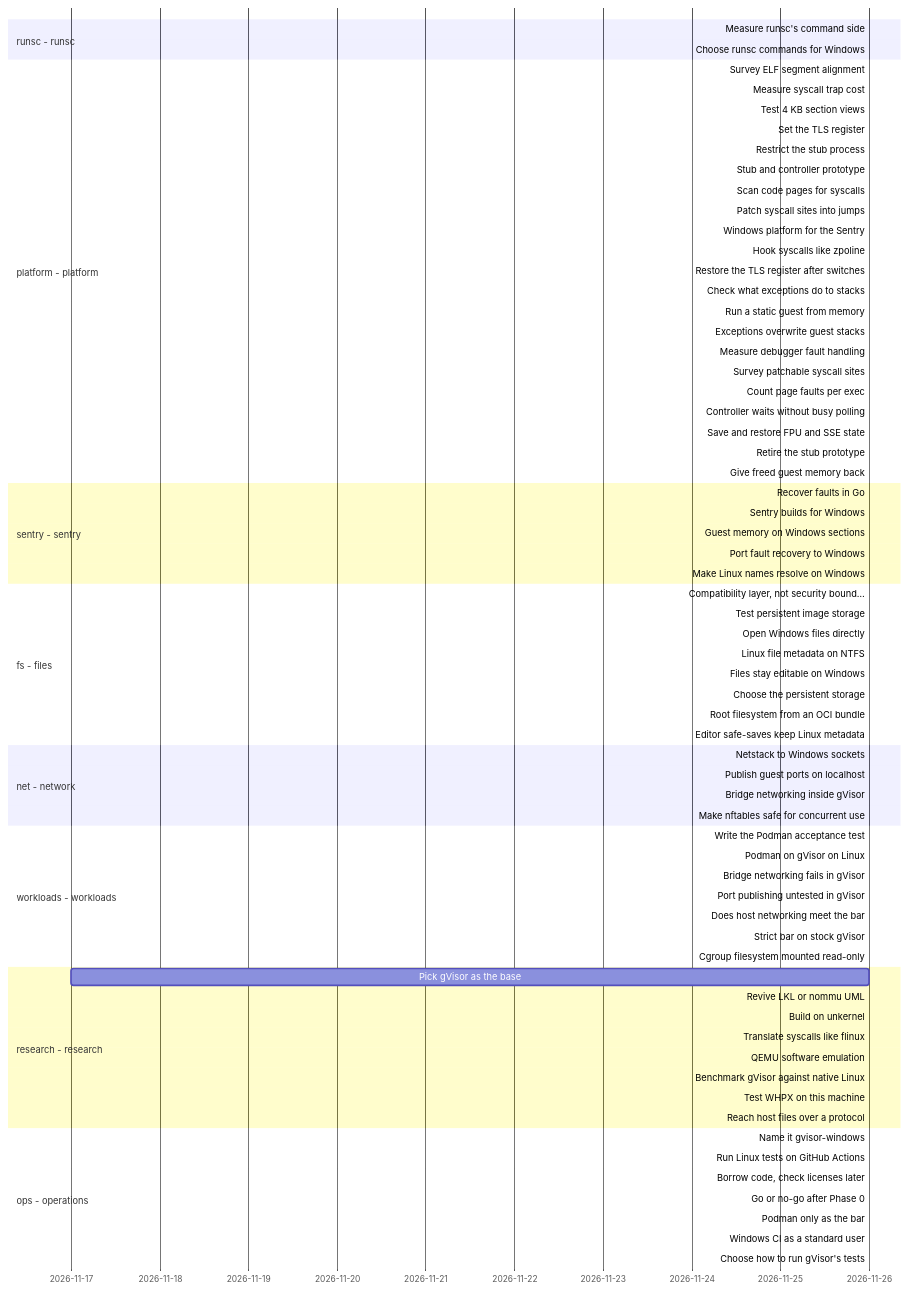
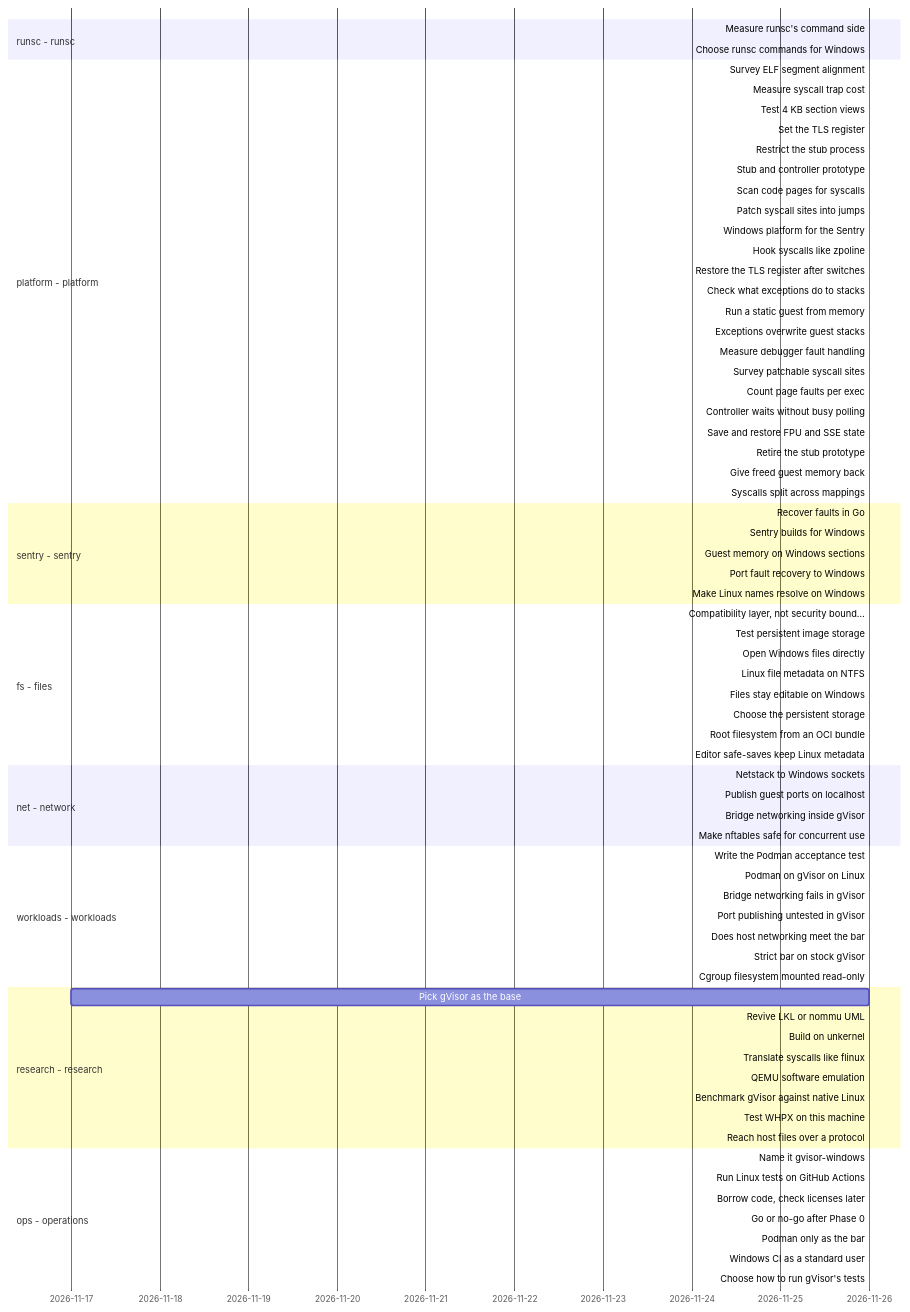
The diagram in docs/roadmap/timeline.md (lhns/gvisor-windows), drawn with Mermaid before and after one commit. The commit also changed other lines of this file and 5 other files, not shown here.

Commit message:
Add the split-syscall defect, rootfs import, named pipe and Podman probe

````diff
--- a/docs/roadmap/timeline.md
+++ b/docs/roadmap/timeline.md
@@ -10,75 +10,76 @@
 ```mermaid
 gantt
     dateFormat YYYY-MM-DD
     axisFormat %Y-%m-%d
     section runsc - runsc
     Measure runsc's command side :runsc_measure_cli, 2026-11-26, 2026-11-26
     Choose runsc commands for Windows :runsc_windows_commands, 2026-11-26, 2026-11-26
     section platform - platform
     Survey ELF segment alignment :platform_elf_alignment_survey, 2026-11-26, 2026-11-26
     Measure syscall trap cost :platform_trap_cost, 2026-11-26, 2026-11-26
     Test 4 KB section views :platform_4k_section_views, 2026-11-26, 2026-11-26
     Set the TLS register :platform_tls_register, 2026-11-26, 2026-11-26
     Restrict the stub process :platform_restricted_stub, 2026-11-26, 2026-11-26
     Stub and controller prototype :platform_stub_controller, 2026-11-26, 2026-11-26
     Scan code pages for syscalls :platform_page_verification, 2026-11-26, 2026-11-26
     Patch syscall sites into jumps :platform_syscall_fast_path, 2026-11-26, 2026-11-26
     Windows platform for the Sentry :platform_winstub, 2026-11-26, 2026-11-26
     Hook syscalls like zpoline :crit, platform_zpoline_hooks, 2026-11-26, 2026-11-26
     Restore the TLS register after switches :platform_fs_base_repair, 2026-11-26, 2026-11-26
     Check what exceptions do to stacks :platform_exception_stack, 2026-11-26, 2026-11-26
     Run a static guest from memory :platform_static_guest_from_memory, 2026-11-26, 2026-11-26
     Exceptions overwrite guest stacks :platform_veh_on_guest_stack_unsafe, 2026-11-26, 2026-11-26
     Measure debugger fault handling :platform_debug_event_cost, 2026-11-26, 2026-11-26
     Survey patchable syscall sites :platform_syscall_site_survey, 2026-11-26, 2026-11-26
     Count page faults per exec :platform_faults_per_exec, 2026-11-26, 2026-11-26
     Controller waits without busy polling :platform_controller_wakeups, 2026-11-26, 2026-11-26
     Save and restore FPU and SSE state :platform_fp_state, 2026-11-26, 2026-11-26
     Retire the stub prototype :platform_retire_prototype, 2026-11-26, 2026-11-26
     Give freed guest memory back :platform_memory_release, 2026-11-26, 2026-11-26
+    Syscalls split across mappings :platform_split_syscall_unpatched, 2026-11-26, 2026-11-26
     section sentry - sentry
     Recover faults in Go :sentry_go_fault_recovery, 2026-11-26, 2026-11-26
     Sentry builds for Windows :sentry_windows_build, 2026-11-26, 2026-11-26
     Guest memory on Windows sections :sentry_memory_file_sections, 2026-11-26, 2026-11-26
     Port fault recovery to Windows :sentry_fault_recovery, 2026-11-26, 2026-11-26
     Make Linux names resolve on Windows :sentry_unix_shim, 2026-11-26, 2026-11-26
     section fs - files
     Compatibility layer, not security bound… :fs_compat_layer_not_boundary, 2026-11-26, 2026-11-26
     Test persistent image storage :fs_persistent_image_storage, 2026-11-26, 2026-11-26
     Open Windows files directly :fs_windows_directfs, 2026-11-26, 2026-11-26
     Linux file metadata on NTFS :fs_linux_metadata_on_ntfs, 2026-11-26, 2026-11-26
     Files stay editable on Windows :fs_handles_do_not_block_users, 2026-11-26, 2026-11-26
     Choose the persistent storage :fs_persistent_storage_choice, 2026-11-26, 2026-11-26
     Root filesystem from an OCI bundle :fs_root_filesystem_source, 2026-11-26, 2026-11-26
     Editor safe-saves keep Linux metadata :fs_safe_save_keeps_metadata, 2026-11-26, 2026-11-26
     section net - network
     Netstack to Windows sockets :net_netstack_windows_link, 2026-11-26, 2026-11-26
     Publish guest ports on localhost :net_port_forwarding, 2026-11-26, 2026-11-26
     Bridge networking inside gVisor :net_bridge_networking, 2026-11-26, 2026-11-26
     Make nftables safe for concurrent use :net_nftables_thread_safety, 2026-11-26, 2026-11-26
     section workloads - workloads
     Write the Podman acceptance test :workloads_acceptance_test, 2026-11-26, 2026-11-26
     Podman on gVisor on Linux :workloads_podman_on_gvisor_linux, 2026-11-26, 2026-11-26
     Bridge networking fails in gVisor :workloads_gvisor_bridge_netlink, 2026-11-26, 2026-11-26
     Port publishing untested in gVisor :workloads_gvisor_port_publishing, 2026-11-26, 2026-11-26
     Does host networking meet the bar :workloads_bar_host_network, 2026-11-26, 2026-11-26
     Strict bar on stock gVisor :workloads_strict_bar_linux, 2026-11-26, 2026-11-26
     Cgroup filesystem mounted read-only :workloads_gvisor_cgroupfs_readonly, 2026-11-26, 2026-11-26
     section research - research
     Pick gVisor as the base :research_gvisor_base, 2026-11-17, 2026-11-26
     Revive LKL or nommu UML :crit, research_lkl_nommu, 2026-11-26, 2026-11-26
     Build on unkernel :crit, research_unkernel, 2026-11-26, 2026-11-26
     Translate syscalls like flinux :crit, research_flinux_translation, 2026-11-26, 2026-11-26
     QEMU software emulation :crit, research_qemu_emulation, 2026-11-26, 2026-11-26
     Benchmark gVisor against native Linux :research_gvisor_benchmark, 2026-11-26, 2026-11-26
     Test WHPX on this machine :crit, research_whpx_this_machine, 2026-11-26, 2026-11-26
     Reach host files over a protocol :crit, research_file_protocol, 2026-11-26, 2026-11-26
     section ops - operations
     Name it gvisor-windows :ops_name_and_fork, 2026-11-26, 2026-11-26
     Run Linux tests on GitHub Actions :ops_linux_tests_on_actions, 2026-11-26, 2026-11-26
     Borrow code, check licenses later :ops_borrow_code, 2026-11-26, 2026-11-26
     Go or no-go after Phase 0 :ops_phase0_go_no_go, 2026-11-26, 2026-11-26
     Podman only as the bar :ops_podman_only_the_bar, 2026-11-26, 2026-11-26
     Windows CI as a standard user :ops_windows_ci_standard_user, 2026-11-26, 2026-11-26
     Choose how to run gVisor's tests :ops_syscall_test_strategy, 2026-11-26, 2026-11-26
 ```
````
